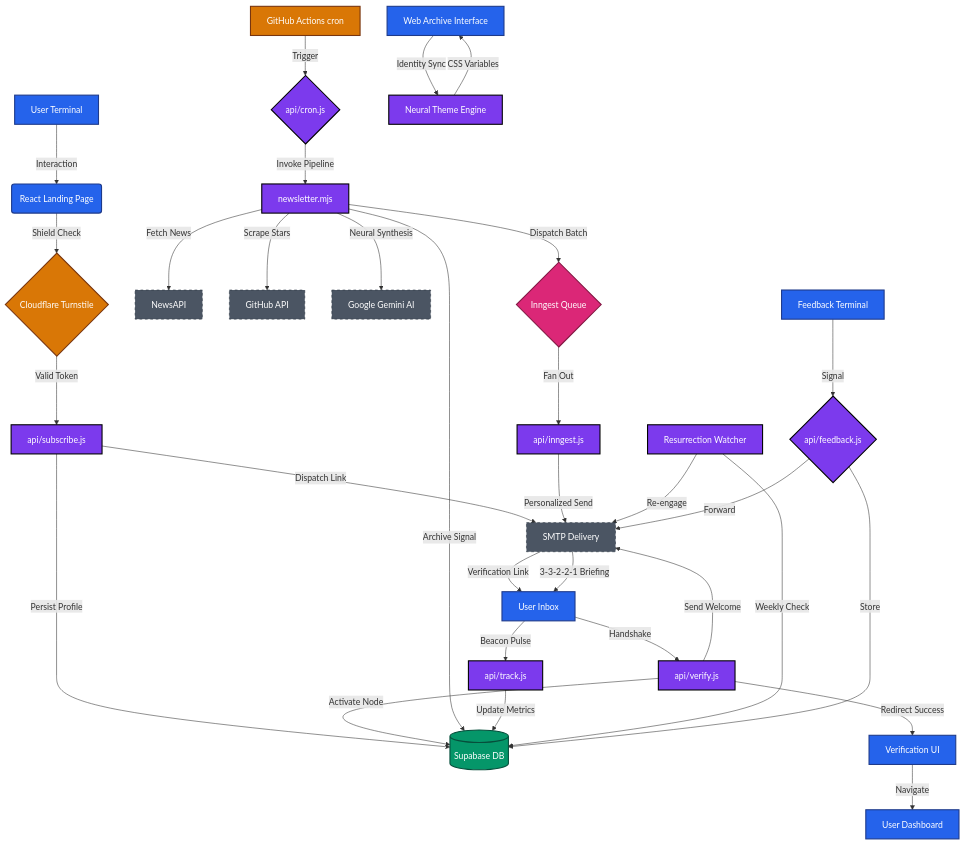
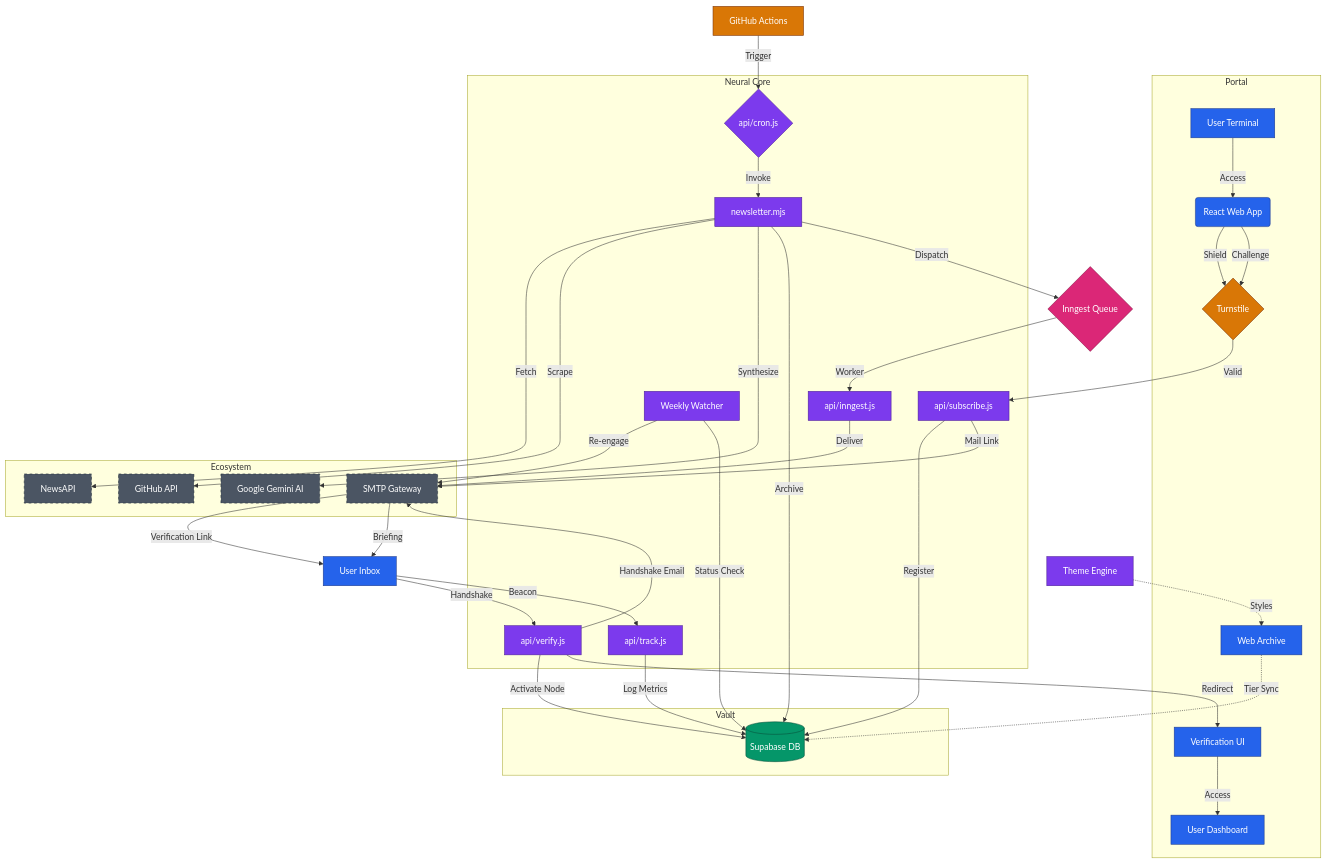
The diagram in README.md (MuhammadUsmanGM/NewsLetter), drawn with Mermaid before and after one commit.

Commit message:
docs: resolve Mermaid rendering error by simplifying layout and adding subgraphs

````diff
--- a/README.md
+++ b/README.md
@@ -45,58 +45,81 @@
 ```mermaid
 graph TD
-    %% User & Security Layers
-    A[User Terminal] -->|Interaction| B(React Landing Page)
-    B -->|Shield Check| C{Cloudflare Turnstile}
-    C -->|Valid Token| D[api/subscribe.js]
-    D -->|Persist Profile| E[(Supabase DB)]
-    D -->|Dispatch Link| K[SMTP Delivery]
+    subgraph Frontend [Portal]
+        A[User Terminal] -->|Access| B(React Web App)
+        B -->|Shield| C{Turnstile}
+        VU[Verification UI]
+        DA[User Dashboard]
+        M[Web Archive]
+    end
+
+    subgraph Logic [Neural Core]
+        D[api/subscribe.js]
+        V[api/verify.js]
+        G{api/cron.js}
+        NS[newsletter.mjs]
+        INH[api/inngest.js]
+        T[api/track.js]
+        SU[Weekly Watcher]
+    end
+
+    subgraph Storage [Vault]
+        E[(Supabase DB)]
+    end
+
+    subgraph External [Ecosystem]
+        H[NewsAPI]
+        I[GitHub API]
+        J[Google Gemini AI]
+        K[SMTP Gateway]
+    end
+
+    %% Auth Flow
+    B -->|Challenge| C
+    C -->|Valid| D
+    D -->|Register| E
+    D -->|Mail Link| K
     
-    %% Verification & Onboarding
+    %% Verification
     K -->|Verification Link| L[User Inbox]
-    L -->|Handshake| V[api/verify.js]
+    L -->|Handshake| V
     V -->|Activate Node| E
-    V -->|Send Welcome| K
-    V -->|Redirect Success| VU[Verification UI]
-    VU -->|Navigate| DA[User Dashboard]
+    V -->|Handshake Email| K
+    V -->|Redirect| VU
+    VU -->|Access| DA
 
-    %% Intelligence Engine (The Pipeline)
-    F[GitHub Actions cron] -->|Trigger| G{api/cron.js}
-    G -->|Invoke Pipeline| NS[newsletter.mjs]
-    NS -->|Fetch News| H[NewsAPI]
-    NS -->|Scrape Stars| I[GitHub API]
-    NS -->|Neural Synthesis| J[Google Gemini AI]
-    NS -->|Archive Signal| E
-    NS -->|Dispatch Batch| ING{Inngest Queue}
+    %% Newsletter Engine
+    F[GitHub Actions] -->|Trigger| G
+    G -->|Invoke| NS
+    NS -->|Fetch| H
+    NS -->|Scrape| I
+    NS -->|Synthesize| J
+    NS -->|Archive| E
+    NS -->|Dispatch| ING{Inngest Queue}
     
-    %% Async Delivery Layer
-    ING -->|Fan Out| INH[api/inngest.js]
-    INH -->|Personalized Send| K
-    K -->|3-3-2-2-1 Briefing| L
+    ING -->|Worker| INH
+    INH -->|Deliver| K
+    K -->|Briefing| L
 
-    %% Maintenance & Analytics
-    T[api/track.js] -->|Update Metrics| E
-    L -->|Beacon Pulse| T
-    SU[Resurrection Watcher] -->|Weekly Check| E
+    %% Maintenance
+    T -->|Log Metrics| E
+    L -->|Beacon| T
     SU -->|Re-engage| K
+    SU -->|Status Check| E
 
-    %% UI Intelligence
-    M[Web Archive Interface] -->|Identity Sync| P[Neural Theme Engine]
-    P -->|CSS Variables| M
-    N[Feedback Terminal] -->|Signal| O{api/feedback.js}
-    O -->|Forward| K
-    O -->|Store| E
+    %% Personalization
+    M -.->|Tier Sync| E
+    P[Theme Engine] -.->|Styles| M
 
-    %% Styling Definitions
-    classDef frontend fill:#2563eb,stroke:#1e3a8a,color:#fff,stroke-width:2px
-    classDef logic fill:#7c3aed,stroke:#000000,color:#fff,stroke-width:2px
-    classDef database fill:#059669,stroke:#064e3b,color:#fff,stroke-width:2px
-    classDef trigger fill:#d97706,stroke:#78350f,color:#fff,stroke-width:2px
-    classDef queue fill:#db2777,stroke:#831843,color:#fff,stroke-width:2px
-    classDef external fill:#4b5563,stroke:#1f2937,color:#fff,stroke-width:1px,stroke-dasharray: 5 5
+    %% Styling
+    classDef frontend fill:#2563eb,stroke:#1e3a8a,color:#fff
+    classDef logic fill:#7c3aed,stroke:#4c1d95,color:#fff
+    classDef database fill:#059669,stroke:#064e3b,color:#fff
+    classDef trigger fill:#d97706,stroke:#78350f,color:#fff
+    classDef queue fill:#db2777,stroke:#831843,color:#fff
+    classDef external fill:#4b5563,stroke:#1f2937,color:#fff,stroke-dasharray: 5 5
 
-    %% Applying Classes
-    class B,VU,DA,M,N,A,L frontend
-    class D,V,G,T,O,P,NS,INH,SU logic
+    class A,B,VU,DA,M,L frontend
+    class D,V,G,T,P,NS,INH,SU logic
     class E database
     class C,F trigger
     class ING queue
````
